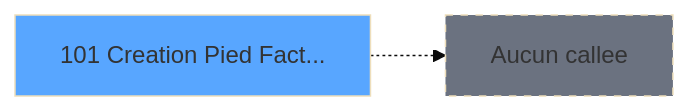
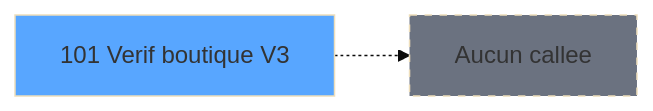
The third of 3 diagrams in .openspec/specs/ADH-IDE-101.md (thonyAGP/magic-migration), drawn with Mermaid (base theme) before and after one commit. The commit also changed other lines of this file and 311 other files, not shown here.

````diff
--- a/.openspec/specs/ADH-IDE-101.md
+++ b/.openspec/specs/ADH-IDE-101.md
@@ -262,8 +186,8 @@
 ```mermaid
 graph LR
-    T101[101 Creation Pied Fact...]
+    T101[101 Verif boutique V3]
     style T101 fill:#58a6ff
     NONE[Aucun callee]
     T101 -.-> NONE
     style NONE fill:#6b7280,stroke-dasharray: 5 5
 ```
````
